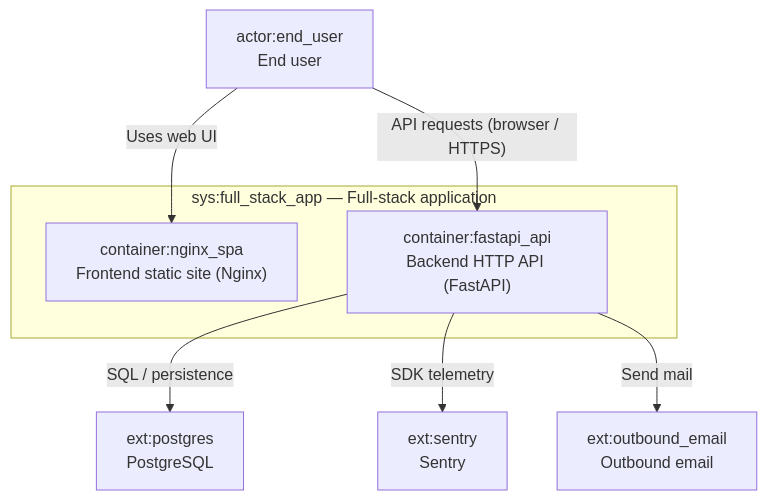
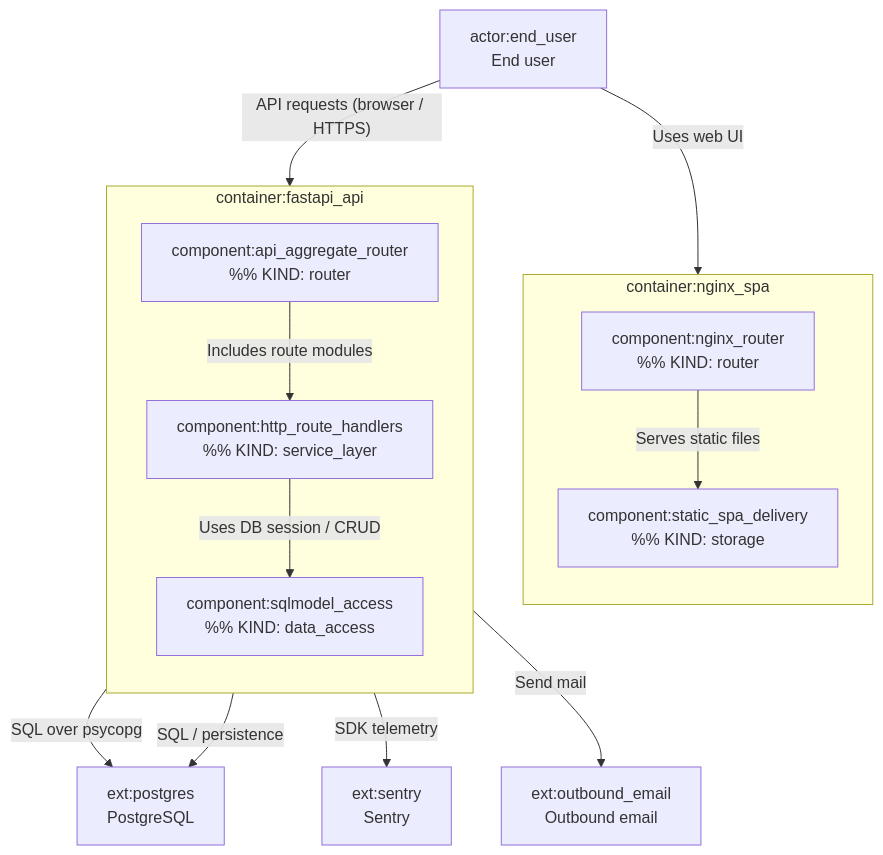
The diagram in docs/c4-live.mermaid.md (Decreen/decreen-arch-diff-demo), drawn with Mermaid before and after one commit. The commit also changed 3 other files, not shown here.

Commit message:
feat(c4): Pass 3 L3 components for SPA and FastAPI containers

````diff
--- a/docs/c4-live.mermaid.md
+++ b/docs/c4-live.mermaid.md
@@ -3,18 +3,30 @@
 ```mermaid
 flowchart TB
-  subgraph sys_full_stack["sys:full_stack_app — Full-stack application"]
-    container_nginx["container:nginx_spa<br/>Frontend static site (Nginx)"]
-    container_api["container:fastapi_api<br/>Backend HTTP API (FastAPI)"]
+  subgraph c_nginx["container:nginx_spa"]
+    direction TB
+    comp_nginx_router["component:nginx_router<br/>%% KIND: router"]
+    comp_static["component:static_spa_delivery<br/>%% KIND: storage"]
+    comp_nginx_router -->|"Serves static files"| comp_static
+  end
+
+  subgraph c_api["container:fastapi_api"]
+    direction TB
+    comp_agg["component:api_aggregate_router<br/>%% KIND: router"]
+    comp_handlers["component:http_route_handlers<br/>%% KIND: service_layer"]
+    comp_sql["component:sqlmodel_access<br/>%% KIND: data_access"]
+    comp_agg -->|"Includes route modules"| comp_handlers
+    comp_handlers -->|"Uses DB session / CRUD"| comp_sql
   end
 
   actor_end_user["actor:end_user<br/>End user"]
   ext_postgres["ext:postgres<br/>PostgreSQL"]
   ext_sentry["ext:sentry<br/>Sentry"]
   ext_email["ext:outbound_email<br/>Outbound email"]
 
-  actor_end_user -->|"Uses web UI"| container_nginx
-  actor_end_user -->|"API requests (browser / HTTPS)"| container_api
-  container_api -->|"SQL / persistence"| ext_postgres
-  container_api -->|"SDK telemetry"| ext_sentry
-  container_api -->|"Send mail"| ext_email
+  actor_end_user -->|"Uses web UI"| c_nginx
+  actor_end_user -->|"API requests (browser / HTTPS)"| c_api
+  c_api -->|"SQL / persistence"| ext_postgres
+  c_api -->|"SDK telemetry"| ext_sentry
+  c_api -->|"Send mail"| ext_email
+  comp_sql -->|"SQL over psycopg"| ext_postgres
 ```
````
